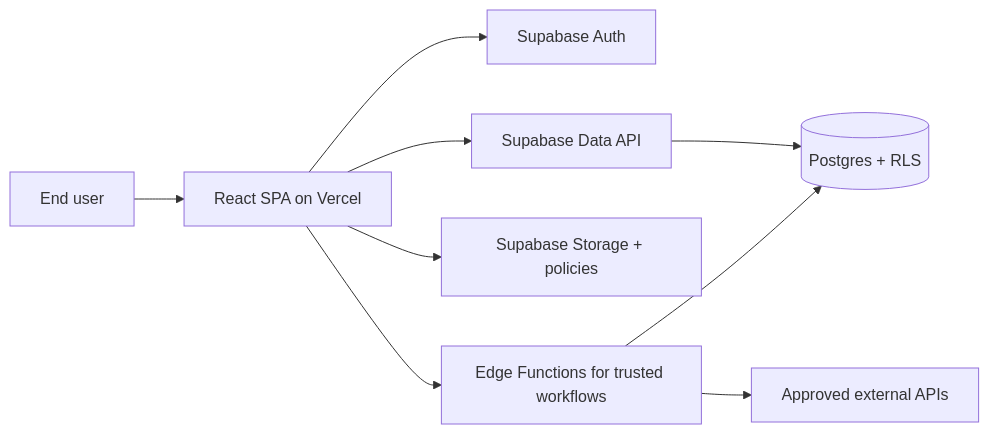
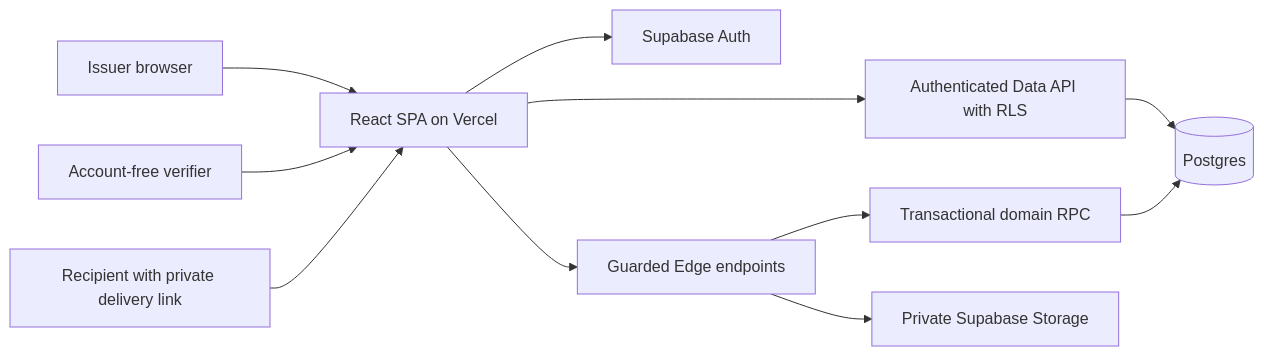
Before and after one commit to jamesmikkorecario-dev/VeriMark: the diagram in docs/architecture/SYSTEM-ARCHITECTURE.md, drawn with Mermaid. The commit also changed other lines of this file and 12 other files, not shown here.

Commit message:
docs(INIT-B): define VeriMark architecture and security contracts

````diff
--- a/docs/architecture/SYSTEM-ARCHITECTURE.md
+++ b/docs/architecture/SYSTEM-ARCHITECTURE.md
@@ -5,11 +5,13 @@
 ```mermaid
 flowchart LR
-  User[End user] --> Browser[React SPA on Vercel]
-  Browser --> Auth[Supabase Auth]
-  Browser --> API[Supabase Data API]
-  API --> DB[(Postgres + RLS)]
-  Browser --> Storage[Supabase Storage + policies]
-  Browser --> Fn[Edge Functions for trusted workflows]
-  Fn --> DB
-  Fn --> External[Approved external APIs]
+  I[Issuer browser] --> SPA[React SPA on Vercel]
+  V[Account-free verifier] --> SPA
+  R[Recipient with private delivery link] --> SPA
+  SPA --> AUTH[Supabase Auth]
+  SPA --> DATA[Authenticated Data API with RLS]
+  SPA --> EDGE[Guarded Edge endpoints]
+  DATA --> DB[(Postgres)]
+  EDGE --> RPC[Transactional domain RPC]
+  RPC --> DB
+  EDGE --> FILES[Private Supabase Storage]
 ```
````
